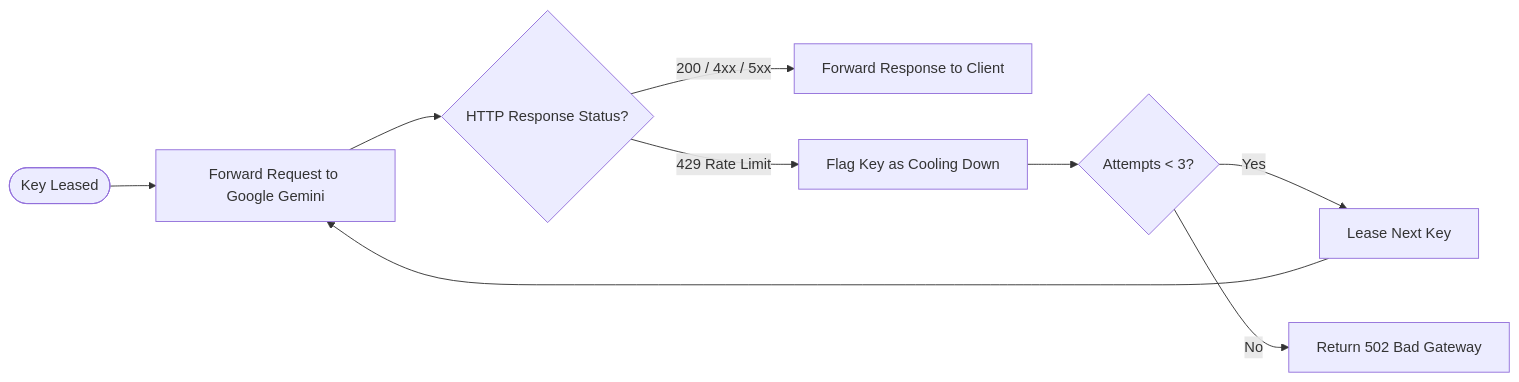
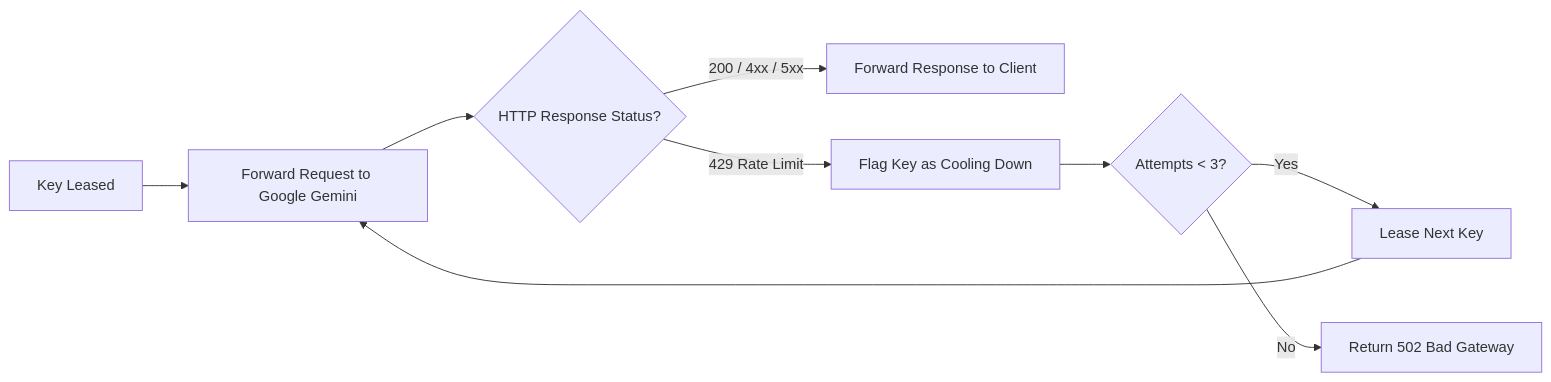
One commit to Atulya-Juyal/gemini-api-key-rotator changed the second of 3 diagrams in README.md. Above: the diagram before and after it, drawn with Mermaid. The commit also changed other lines of this file, not shown here.

````diff
--- a/README.md
+++ b/README.md
@@ -29,11 +29,11 @@
 ```mermaid
 graph LR
-    H([Key Leased]) --> I[Forward Request to Google Gemini]
+    H[Key Leased] --> I[Forward Request to Google Gemini]
     I --> J{HTTP Response Status?}
     J -- 200 / 4xx / 5xx --> K[Forward Response to Client]
     J -- 429 Rate Limit --> L[Flag Key as Cooling Down]
     L --> M{Attempts < 3?}
     M -- Yes --> N[Lease Next Key]
     N --> I
     M -- No --> O[Return 502 Bad Gateway]
 ```
````
